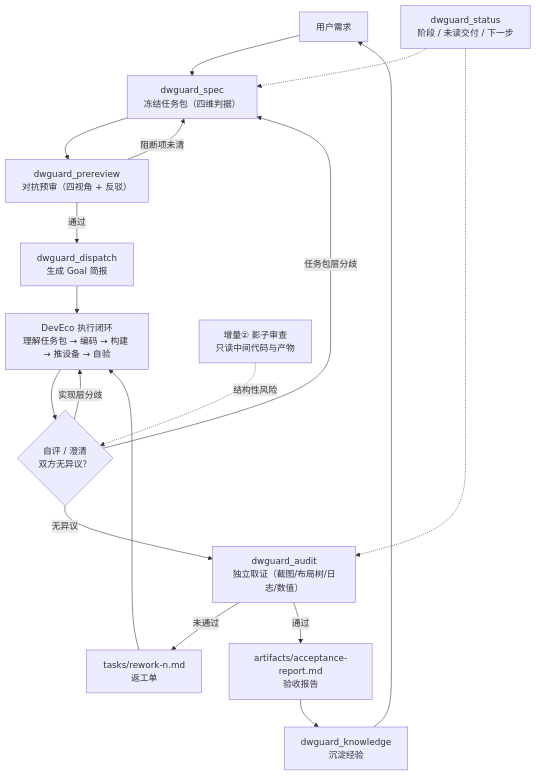
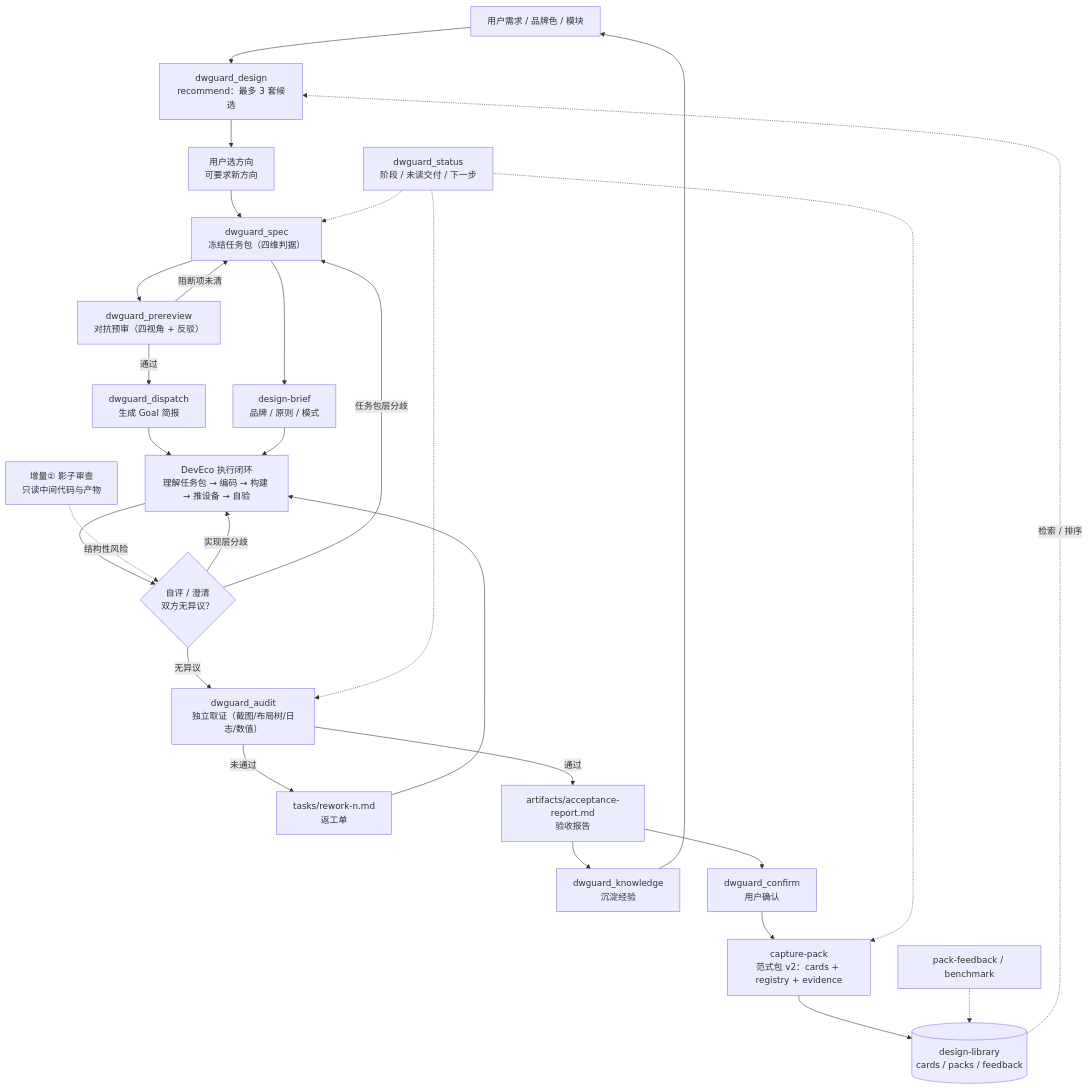
Before and after one commit to Dogwind221/dwguard-dsh-hmos: the diagram in README.md, drawn with Mermaid. The commit also changed other lines of this file and 2 other files, not shown here.

Commit message:
docs: sync architecture and install descriptions to 0.7.0
Adds the design-reference/paradigm-pack branch to the architecture diagram and profile text, documents the 0.6.2–0.7.0 layer, fixes stale @0.6.6 install wording, and updates the npm description/keywords to include design RAG/recommendation.

````diff
--- a/README.md
+++ b/README.md
@@ -27,19 +29,30 @@
 ```mermaid
 flowchart TD
-    U["用户需求"] --> S["dwguard_spec<br/>冻结任务包（四维判据）"]
+    U["用户需求 / 品牌色 / 模块"] --> DR["dwguard_design<br/>recommend：最多 3 套候选"]
+    DR --> CH["用户选方向<br/>可要求新方向"]
+    CH --> S["dwguard_spec<br/>冻结任务包（四维判据）"]
     S --> P["dwguard_prereview<br/>对抗预审（四视角 + 反驳）"]
     P -- 阻断项未清 --> S
     P -- 通过 --> D["dwguard_dispatch<br/>生成 Goal 简报"]
+    S --> B["design-brief<br/>品牌 / 原则 / 模式"]
     D --> E["DevEco 执行闭环<br/>理解任务包 → 编码 → 构建 → 推设备 → 自验"]
+    B --> E
     E --> C{"自评 / 澄清<br/>双方无异议？"}
     C -- "实现层分歧" --> E
     C -- "任务包层分歧" --> S
     C -- 无异议 --> A["dwguard_audit<br/>独立取证（截图/布局树/日志/数值）"]
     SH["增量② 影子审查<br/>只读中间代码与产物"] -. 结构性风险 .-> C
-    A -- 未通过 --> R["tasks/rework-n.md<br/>返工单"] --> E
+    A -- 未通过 --> R["tasks/rework-n.md<br/>返工单"]
+    R --> E
     A -- 通过 --> ACC["artifacts/acceptance-report.md<br/>验收报告"]
     ACC --> K["dwguard_knowledge<br/>沉淀经验"]
-    K --> U
+    ACC --> CF["dwguard_confirm<br/>用户确认"]
+    CF --> CP["capture-pack<br/>范式包 v2：cards + registry + evidence"]
+    CP --> LIB[("design-library<br/>cards / packs / feedback")]
+    LIB -. 检索 / 排序 .-> DR
+    FB["pack-feedback / benchmark"] -.-> LIB
     Q["dwguard_status<br/>阶段 / 未读交付 / 下一步"] -.-> S
     Q -.-> A
+    Q -.-> CP
+    K --> U
 ```
````
